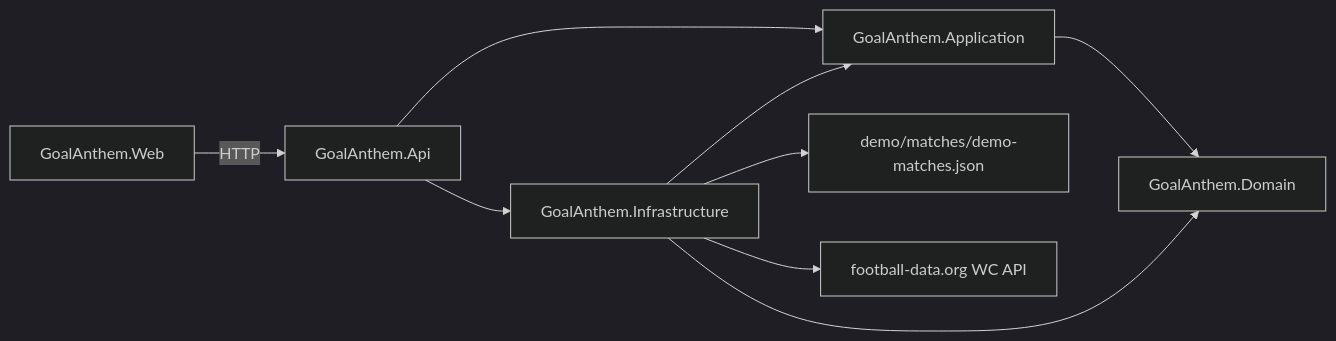
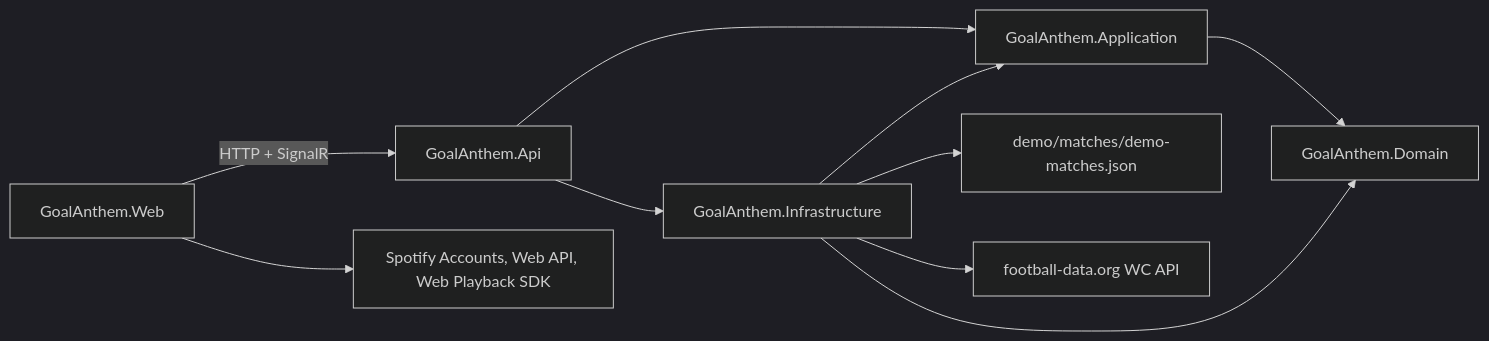
Before and after one commit to HugoSpangberg/play-your-goal-anthem: the diagram in README.md, drawn with Mermaid (dark theme). The commit also changed other lines of this file and 5 other files, not shown here.

Commit message:
docs: document SignalR sessions and Spotify boundary

````diff
--- a/README.md
+++ b/README.md
@@ -49,11 +61,12 @@
 ```mermaid
 flowchart LR
-  Web[GoalAnthem.Web] -->|HTTP| Api[GoalAnthem.Api]
+  Web[GoalAnthem.Web] -->|HTTP + SignalR| Api[GoalAnthem.Api]
+  Web --> Spotify[Spotify Accounts, Web API, Web Playback SDK]
   Api --> Application[GoalAnthem.Application]
   Api --> Infrastructure[GoalAnthem.Infrastructure]
   Application --> Domain[GoalAnthem.Domain]
   Infrastructure --> Application
   Infrastructure --> Domain
   Infrastructure --> DemoData[demo/matches/demo-matches.json]
   Infrastructure --> FootballData[football-data.org WC API]
 ```
````
